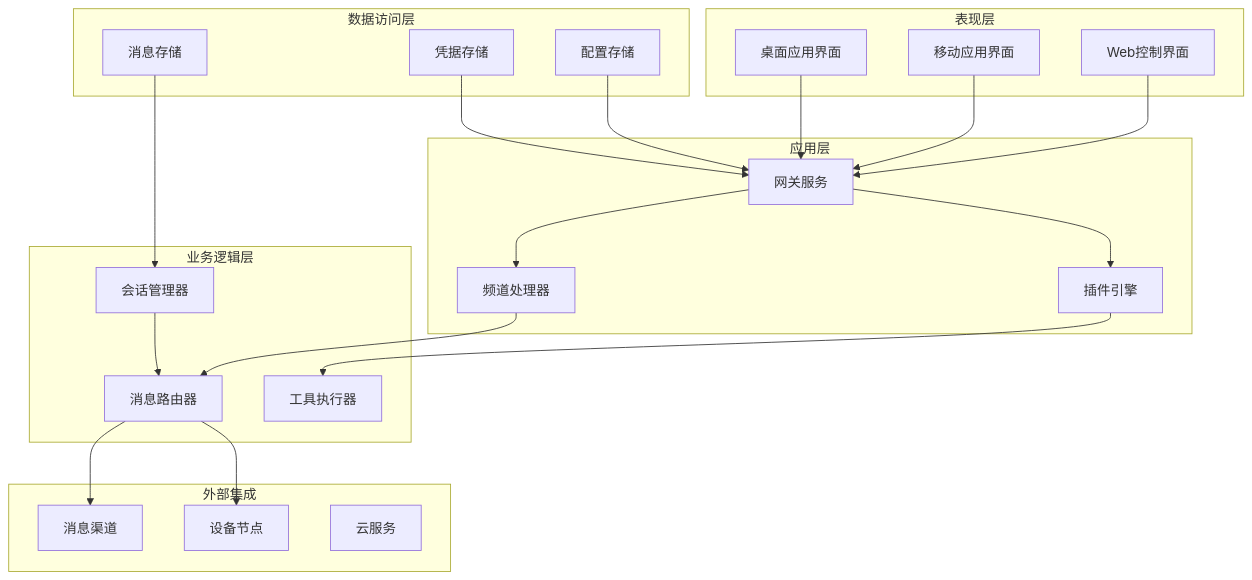
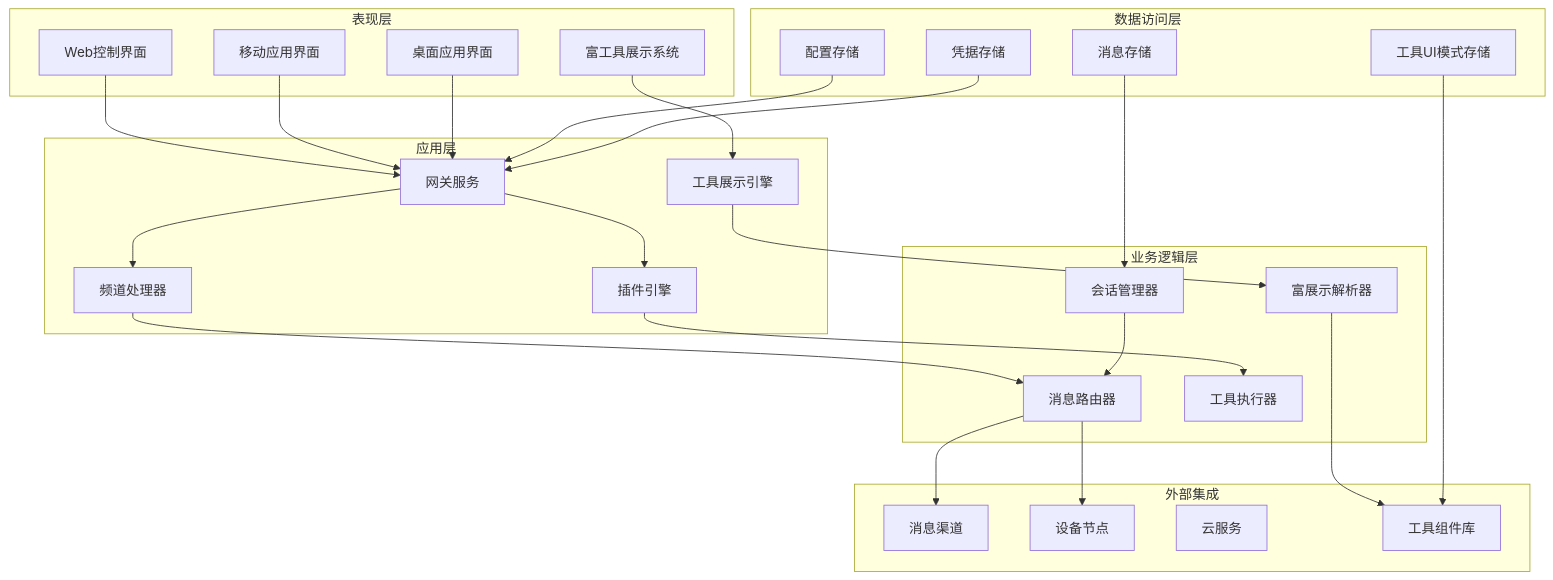
One commit to verse-ai-org/openclaw changed the ninth of 13 diagrams in .qoder/repowiki/zh/content/Web界面/UI组件系统/工具UI组件/富工具UI基础设施.md. Above: the diagram before and after it, drawn with Mermaid. The commit also changed other lines of this file and 55 other files, not shown here.

````diff
--- a/.qoder/repowiki/zh/content/Web界面/UI组件系统/工具UI组件/富工具UI基础设施.md
+++ b/.qoder/repowiki/zh/content/Web界面/UI组件系统/工具UI组件/富工具UI基础设施.md
@@ -173,41 +466,50 @@
 ```mermaid
 graph TB
 subgraph "表现层"
 WebUI[Web控制界面]
 MobileUI[移动应用界面]
 DesktopUI[桌面应用界面]
+RichToolUI[富工具展示系统]
 end
 subgraph "应用层"
 Gateway[网关服务]
 ChannelHandlers[频道处理器]
 PluginEngine[插件引擎]
+ToolPresentation[工具展示引擎]
 end
 subgraph "业务逻辑层"
 SessionManager[会话管理器]
 MessageRouter[消息路由器]
 ToolExecutor[工具执行器]
+RichPresentationResolver[富展示解析器]
 end
 subgraph "数据访问层"
 ConfigStore[配置存储]
 CredentialStore[凭据存储]
 MessageStore[消息存储]
+ToolUISchemaStore[工具UI模式存储]
 end
 subgraph "外部集成"
 MessagingChannels[消息渠道]
 DeviceNodes[设备节点]
 CloudServices[云服务]
+ToolComponents[工具组件库]
 end
 WebUI --> Gateway
 MobileUI --> Gateway
 DesktopUI --> Gateway
+RichToolUI --> ToolPresentation
 Gateway --> ChannelHandlers
 Gateway --> PluginEngine
 ChannelHandlers --> MessageRouter
 PluginEngine --> ToolExecutor
+ToolPresentation --> RichPresentationResolver
 SessionManager --> MessageRouter
 MessageRouter --> DeviceNodes
 MessageRouter --> MessagingChannels
+RichPresentationResolver --> ToolComponents
 ConfigStore --> Gateway
 CredentialStore --> Gateway
 MessageStore --> SessionManager
+ToolUISchemaStore --> ToolComponents
 ```
````
